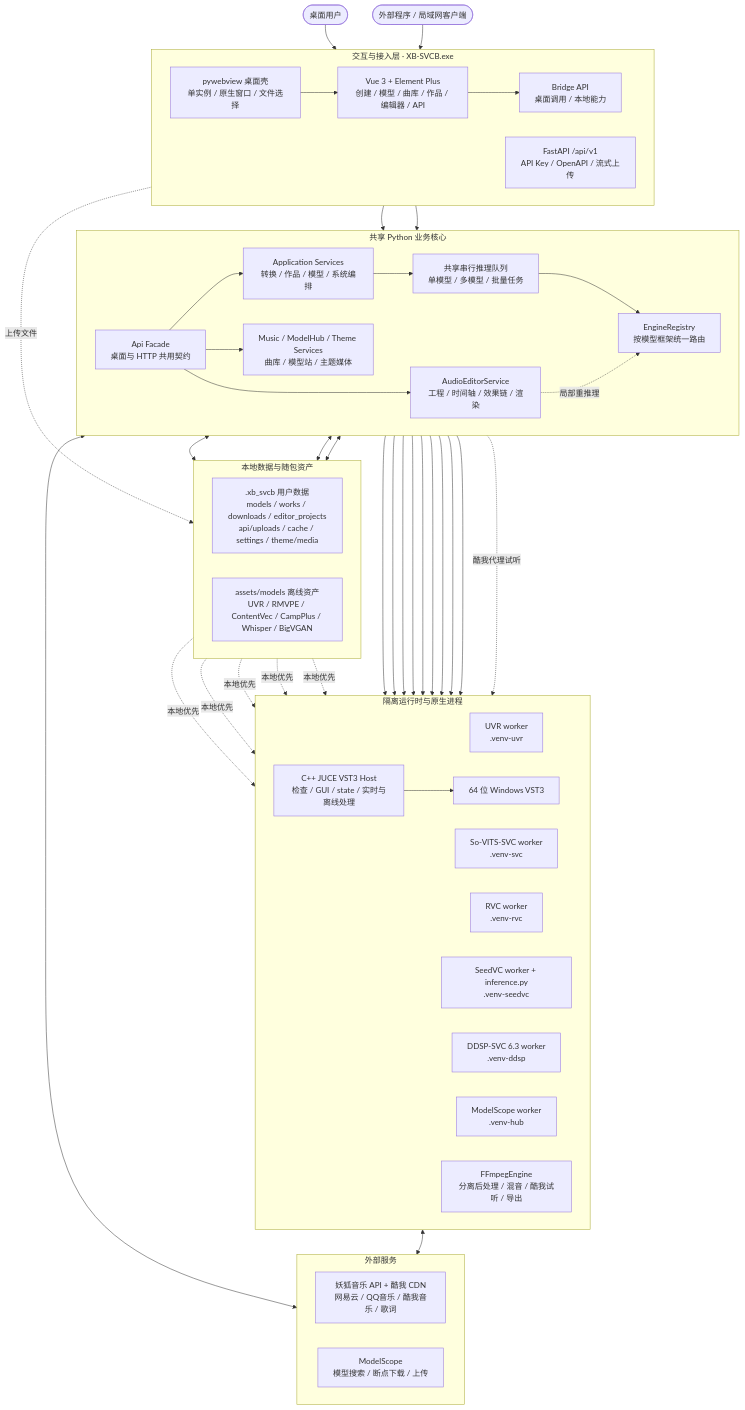
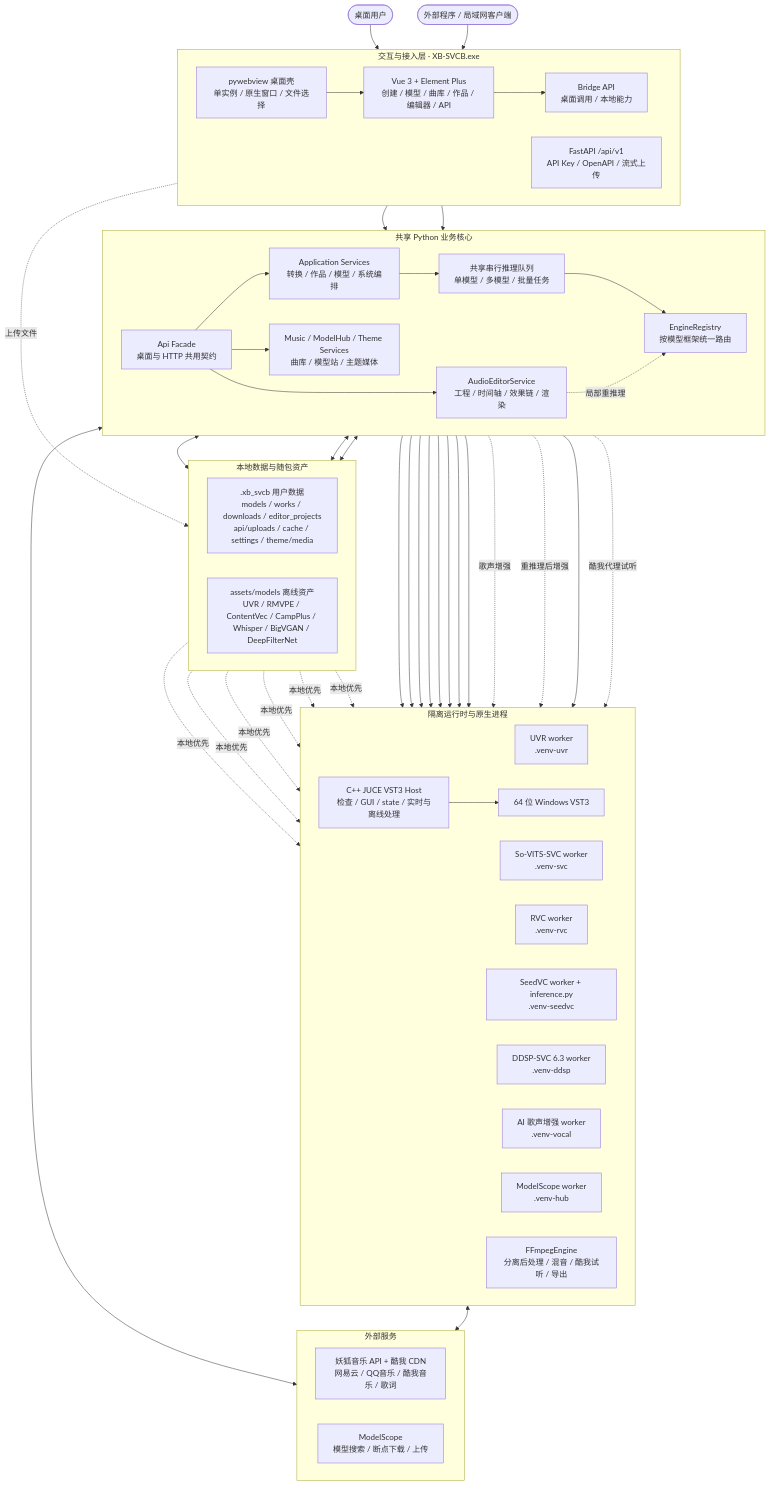
The first of 3 diagrams in README.md (SDIJF1521/xb-svcb), drawn with Mermaid before and after one commit. The commit also changed other lines of this file and 30 other files, not shown here.

Commit message:
AI 歌声增强工程 + DeepFilterNet 离线化测试版本

````diff
--- a/README.md
+++ b/README.md
@@ -133,6 +136,7 @@
         RVC["RVC worker<br/>.venv-rvc"]
         SEED["SeedVC worker + inference.py<br/>.venv-seedvc"]
         DDSP["DDSP-SVC 6.3 worker<br/>.venv-ddsp"]
+        VOCAL["AI 歌声增强 worker<br/>.venv-vocal"]
         HUBWORKER["ModelScope worker<br/>.venv-hub"]
         FFMPEG["FFmpegEngine<br/>分离后处理 / 混音 / 酷我试听 / 导出"]
         JUCE["C++ JUCE VST3 Host<br/>检查 / GUI / state / 实时与离线处理"]
@@ -143,7 +147,7 @@
     subgraph STORAGE["本地数据与随包资产"]
         direction LR
         DATA[".xb_svcb 用户数据<br/>models / works / downloads / editor_projects<br/>api/uploads / cache / settings / theme/media"]
-        ASSETS["assets/models 离线资产<br/>UVR / RMVPE / ContentVec / CampPlus / Whisper / BigVGAN"]
+        ASSETS["assets/models 离线资产<br/>UVR / RMVPE / ContentVec / CampPlus / Whisper / BigVGAN / DeepFilterNet"]
     end
 
     subgraph ONLINE["外部服务"]
@@ -165,6 +169,8 @@
     EDITOR --> FFMPEG
     EDITOR --> JUCE
     EDITOR -. 局部重推理 .-> ROUTER
+    APP -. 歌声增强 .-> VOCAL
+    EDITOR -. 重推理后增强 .-> VOCAL
     CONNECT --> HUBWORKER
     HUBWORKER <--> HUB
     CONNECT <--> MUSIC
@@ -178,4 +184,5 @@
     ASSETS -. 本地优先 .-> RVC
     ASSETS -. 本地优先 .-> SEED
     ASSETS -. 本地优先 .-> DDSP
+    ASSETS -. 本地优先 .-> VOCAL
 ```
````
